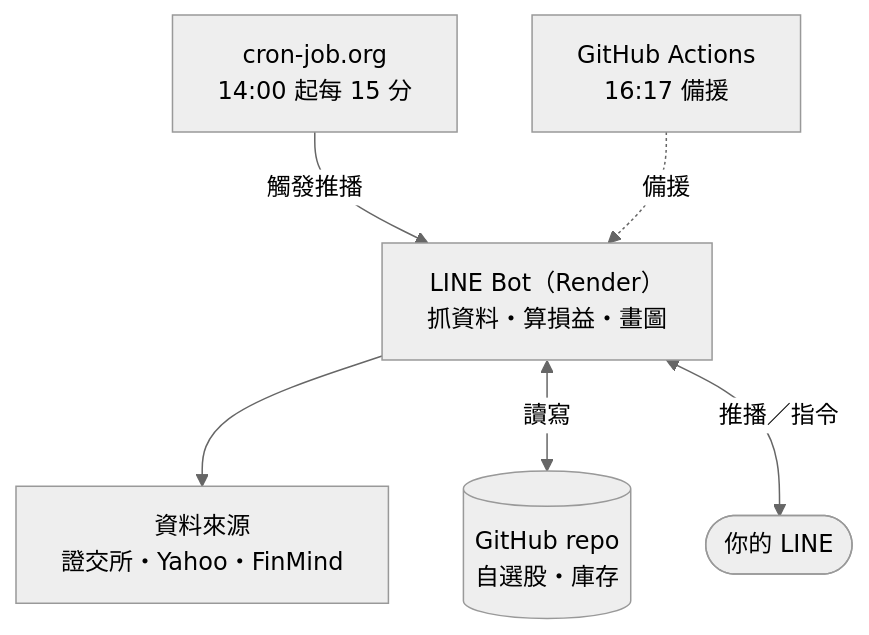
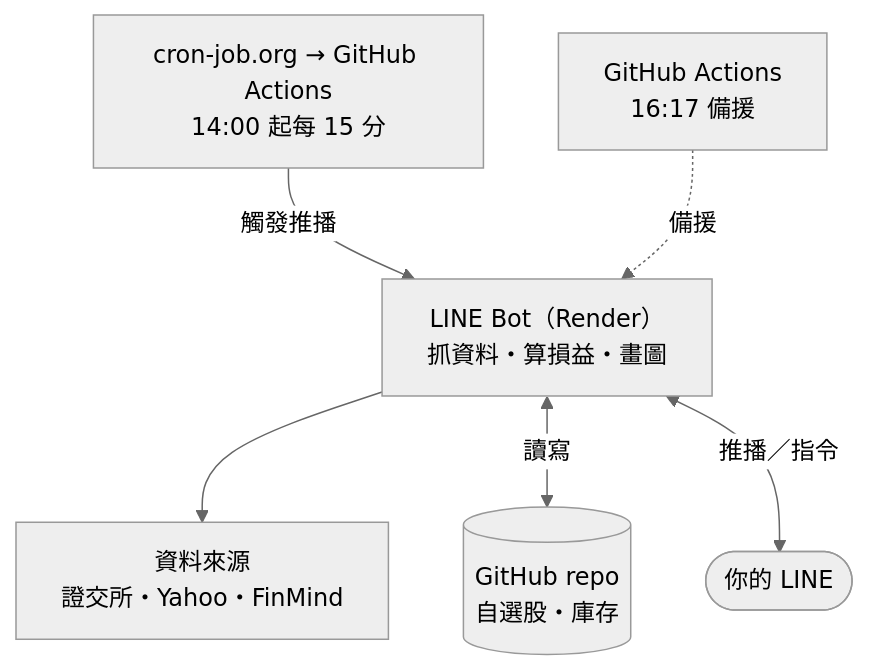
One commit to scm611-byte/line-market-bot changed the first of 3 diagrams in README.md. Above: the diagram before and after it, drawn with Mermaid. The commit also changed other lines of this file, not shown here.

Commit message:
README：台股推播改為 cron-job.org → GitHub Actions → Render

````diff
--- a/README.md
+++ b/README.md
@@ -24,16 +24,16 @@
 ```mermaid
 %%{init: {"theme": "neutral"}}%%
 flowchart TB
-    cron["cron-job.org<br/>14:00 起每 15 分"]
+    cron["cron-job.org → GitHub Actions<br/>14:00 起每 15 分"]
     gha["GitHub Actions<br/>16:17 備援"]
     bot["LINE Bot（Render）<br/>抓資料・算損益・畫圖"]
     data["資料來源<br/>證交所・Yahoo・FinMind"]
     repo[("GitHub repo<br/>自選股・庫存")]
     you(["你的 LINE"])
 
     cron -->|觸發推播| bot
     gha -.->|備援| bot
     bot --> data
     bot <-->|讀寫| repo
     bot <-->|推播／指令| you
 ```
````
